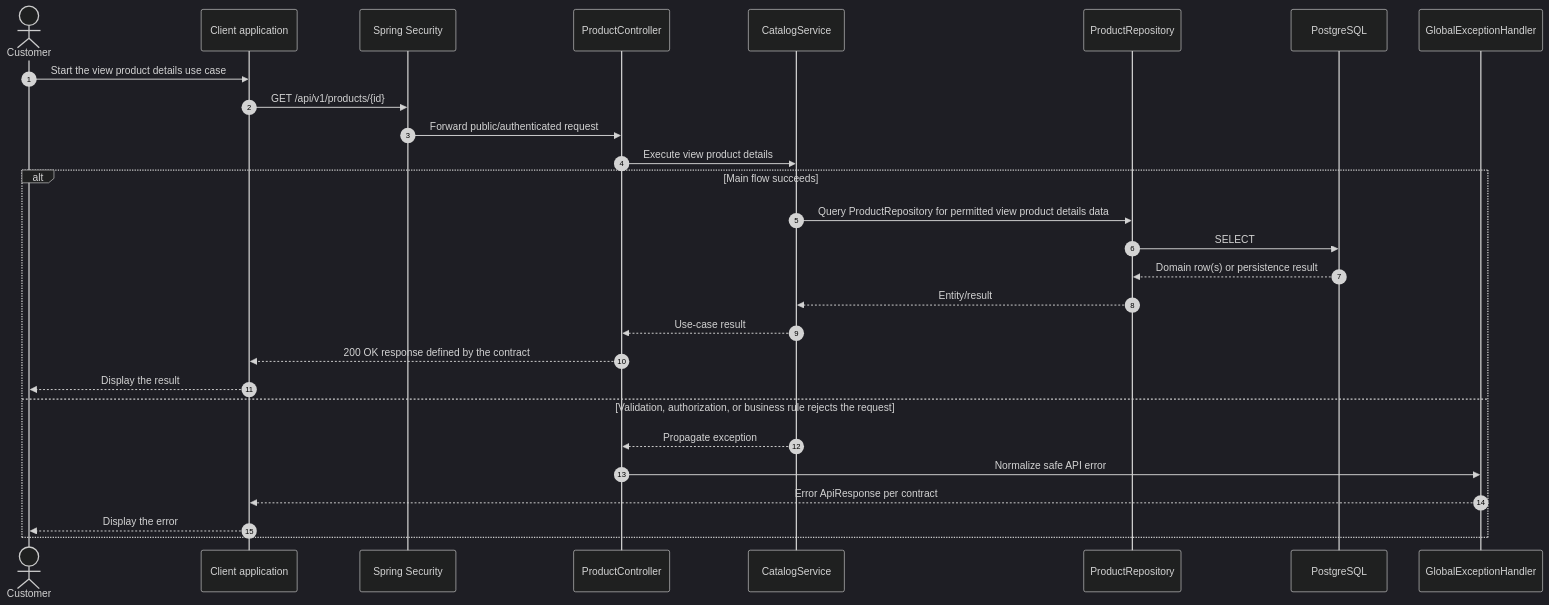
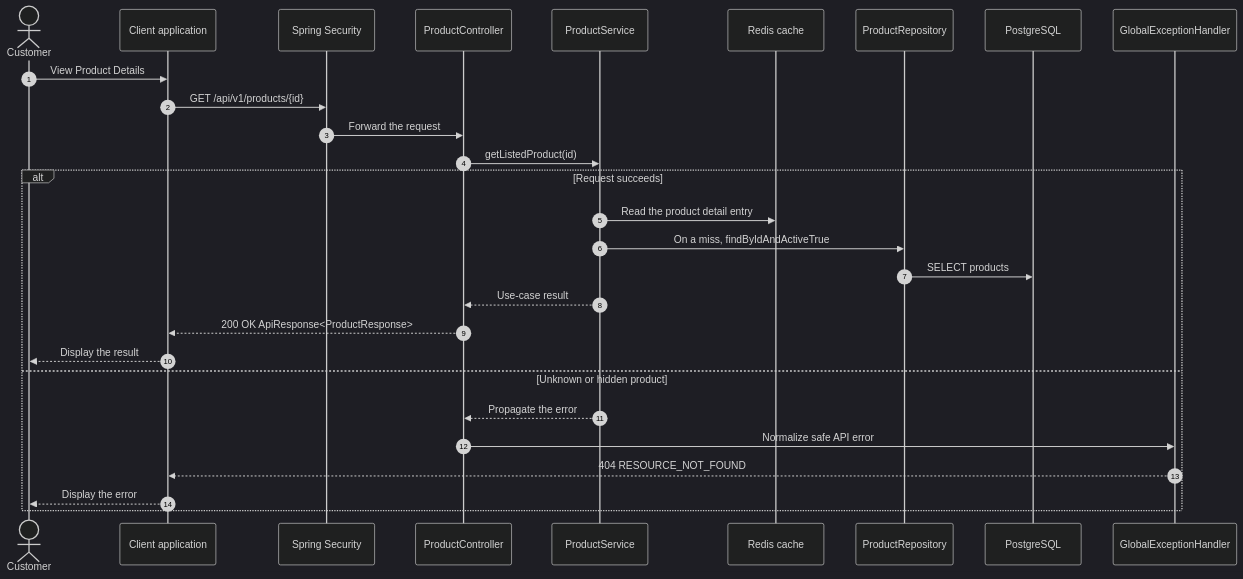
One commit to e-commercial-marketplace/commerce-platform-docs changed the diagram in sequence-diagram/customer/view-product-details.md. Above: the diagram before and after it, drawn with Mermaid (dark theme). The commit also changed other lines of this file and 232 other files, not shown here.

Commit message:
docs(usecase): align use cases, specs, activity and sequence diagrams with the backend

````diff
--- a/sequence-diagram/customer/view-product-details.md
+++ b/sequence-diagram/customer/view-product-details.md
@@ -9,30 +7,30 @@
 ```mermaid
 sequenceDiagram
     autonumber
     actor Customer
     participant Client as Client application
     participant Security as Spring Security
     participant Controller as ProductController
-    participant Service as CatalogService
+    participant Service as ProductService
+    participant Cache as Redis cache
     participant Repo as ProductRepository
     participant DB as PostgreSQL
     participant Handler as GlobalExceptionHandler
-    Customer->>Client: Start the view product details use case
+    Customer->>Client: View Product Details
     Client->>Security: GET /api/v1/products/{id}
-    Security->>Controller: Forward public/authenticated request
-    Controller->>Service: Execute view product details
-    alt Main flow succeeds
-        Service->>Repo: Query ProductRepository for permitted view product details data
-        Repo->>DB: SELECT
-        DB-->>Repo: Domain row(s) or persistence result
-        Repo-->>Service: Entity/result
+    Security->>Controller: Forward the request
+    Controller->>Service: getListedProduct(id)
+    alt Request succeeds
+        Service->>Cache: Read the product detail entry
+        Service->>Repo: On a miss, findByIdAndActiveTrue
+        Repo->>DB: SELECT products
         Service-->>Controller: Use-case result
-        Controller-->>Client: 200 OK response defined by the contract
+        Controller-->>Client: 200 OK ApiResponse<ProductResponse>
         Client-->>Customer: Display the result
-    else Validation, authorization, or business rule rejects the request
-        Service-->>Controller: Propagate exception
+    else Unknown or hidden product
+        Service-->>Controller: Propagate the error
         Controller->>Handler: Normalize safe API error
-        Handler-->>Client: Error ApiResponse per contract
+        Handler-->>Client: 404 RESOURCE_NOT_FOUND
         Client-->>Customer: Display the error
     end
 ```
````
